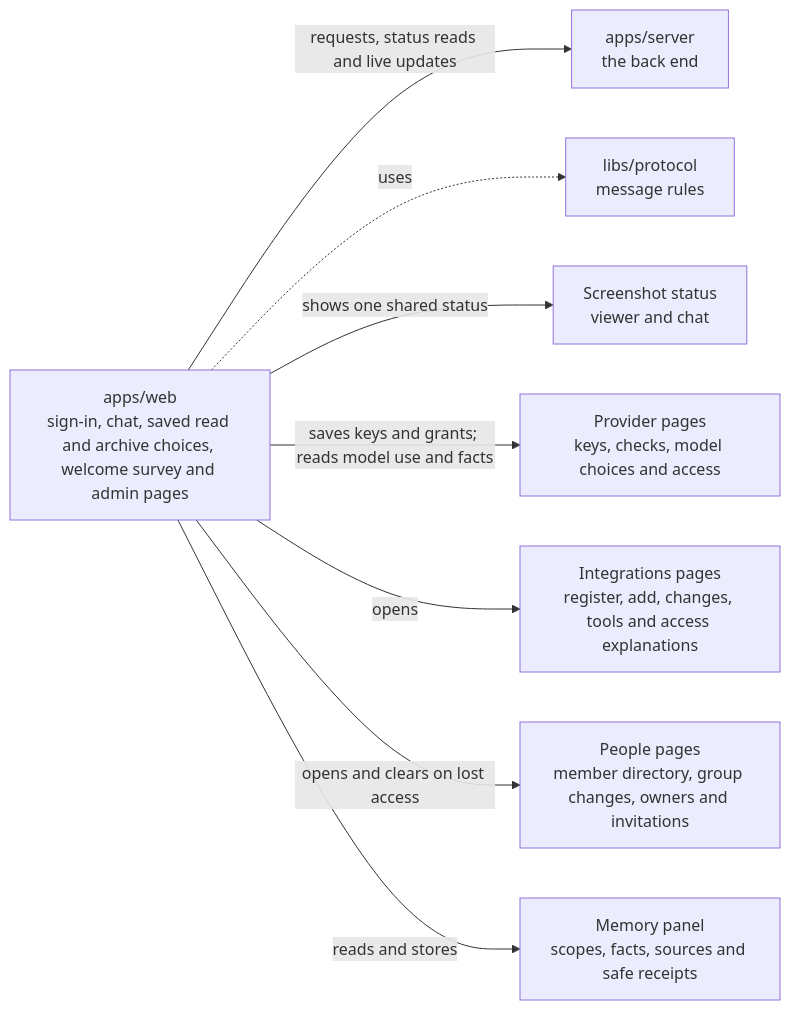
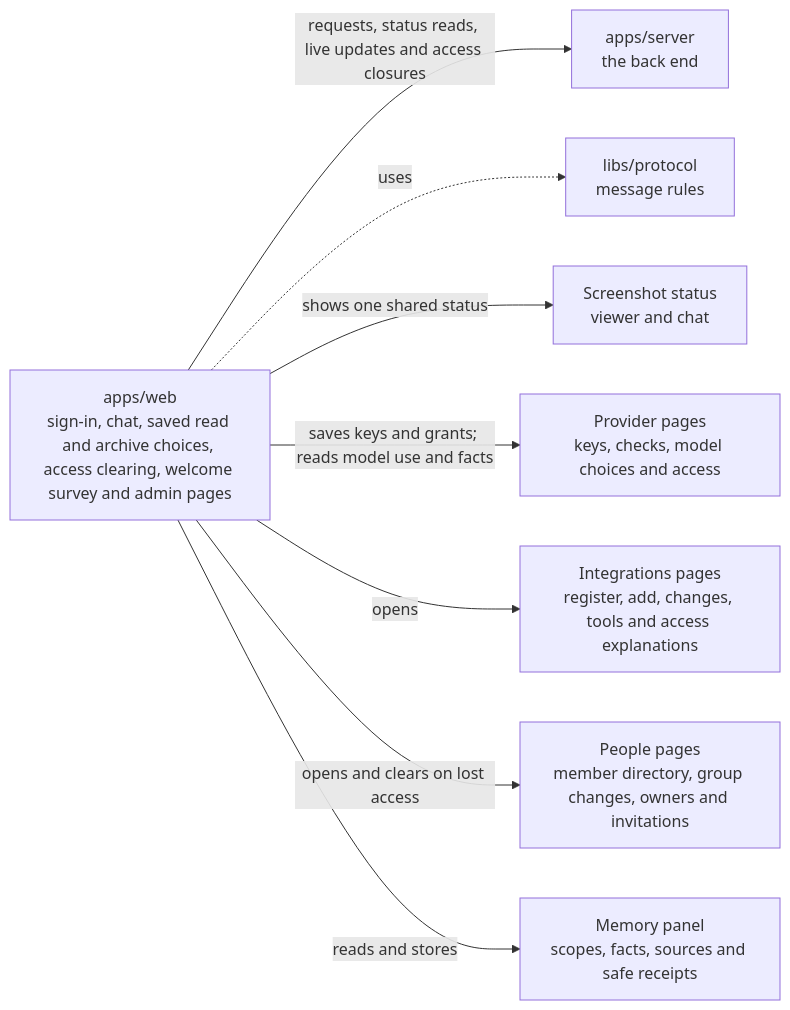
One commit to elewa-git/opencrane-new changed the diagram in apps/web/README.md. Above: the diagram before and after it, drawn with Mermaid. The commit also changed other lines of this file and 13 other files, not shown here.

````diff
--- a/apps/web/README.md
+++ b/apps/web/README.md
@@ -11,10 +11,10 @@
 ```mermaid
 flowchart LR
-  web["apps/web<br/>sign-in, chat, saved read and archive choices, welcome survey and admin pages"] -->|requests, status reads and live updates| server["apps/server<br/>the back end"]
+  web["apps/web<br/>sign-in, chat, saved read and archive choices, access clearing, welcome survey and admin pages"] -->|requests, status reads, live updates and access closures| server["apps/server<br/>the back end"]
   web -.->|uses| protocol["libs/protocol<br/>message rules"]
   web -->|shows one shared status| capture["Screenshot status<br/>viewer and chat"]
   web -->|saves keys and grants; reads model use and facts| providers["Provider pages<br/>keys, checks, model choices and access"]
   web -->|opens| integrations["Integrations pages<br/>register, add, changes, tools and access explanations"]
   web -->|opens and clears on lost access| people["People pages<br/>member directory, group changes, owners and invitations"]
   web -->|reads and stores| memory["Memory panel<br/>scopes, facts, sources and safe receipts"]
 ```
````
